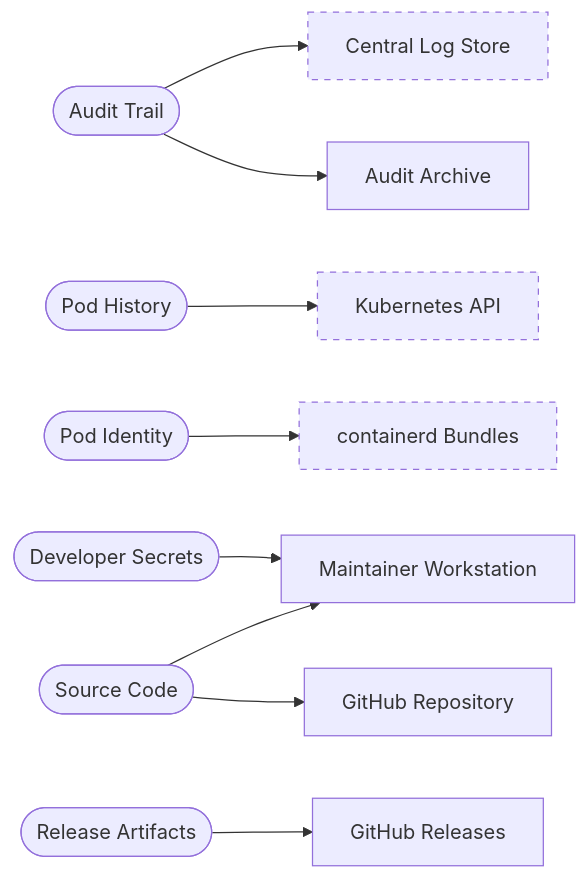
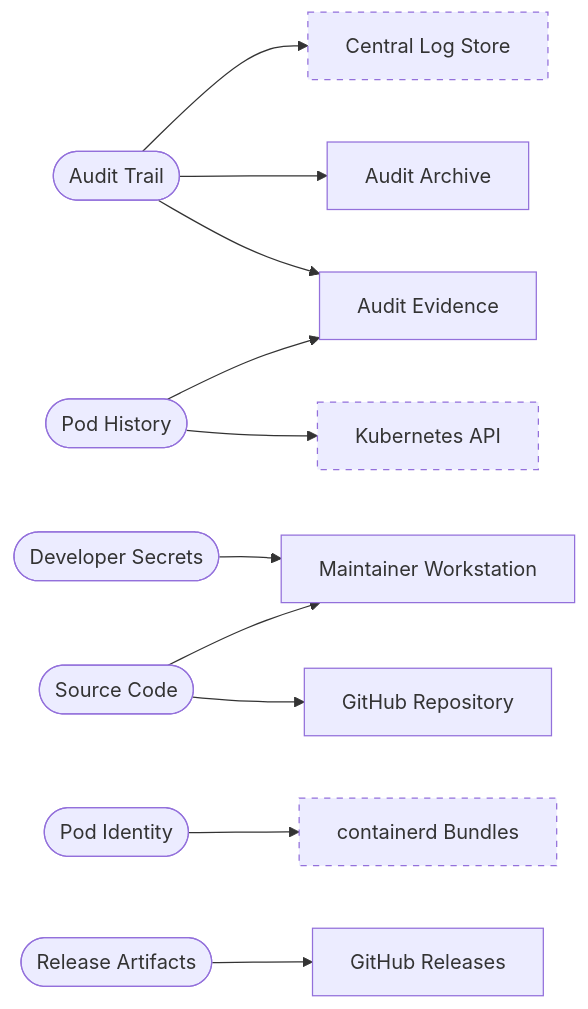
Before and after one commit to Pinguladora/creche: the second of 2 diagrams in THREAT_MODEL.md, drawn with Mermaid. The commit also changed other lines of this file and 1 other file, not shown here.

````diff
--- a/THREAT_MODEL.md
+++ b/THREAT_MODEL.md
@@ -959,26 +966,29 @@
 ```mermaid
 flowchart LR
     da_3917946957(["Audit Trail"])
     da_200165389(["Developer Secrets"])
     da_878149549(["Pod History"])
     da_3146378845(["Pod Identity"])
     da_1094517268(["Release Artifacts"])
     da_2657311102(["Source Code"])
     ta_681805359["Audit Archive"]
+    ta_1188165434["Audit Evidence"]
     ta_3373387704["containerd Bundles"]
     ta_944419023["GitHub Releases"]
     ta_4013081909["GitHub Repository"]
     ta_2848817845["Kubernetes API"]
     ta_1229347845["Central Log Store"]
     ta_3931173261["Maintainer Workstation"]
     da_3917946957 --> ta_681805359
+    da_3917946957 --> ta_1188165434
     da_3917946957 --> ta_1229347845
     da_200165389 --> ta_3931173261
+    da_878149549 --> ta_1188165434
     da_878149549 --> ta_2848817845
     da_3146378845 --> ta_3373387704
     da_1094517268 --> ta_944419023
     da_2657311102 --> ta_4013081909
     da_2657311102 --> ta_3931173261
     classDef outOfScope stroke-dasharray: 5 5
     class ta_3373387704,ta_2848817845,ta_1229347845 outOfScope
 ```
````
